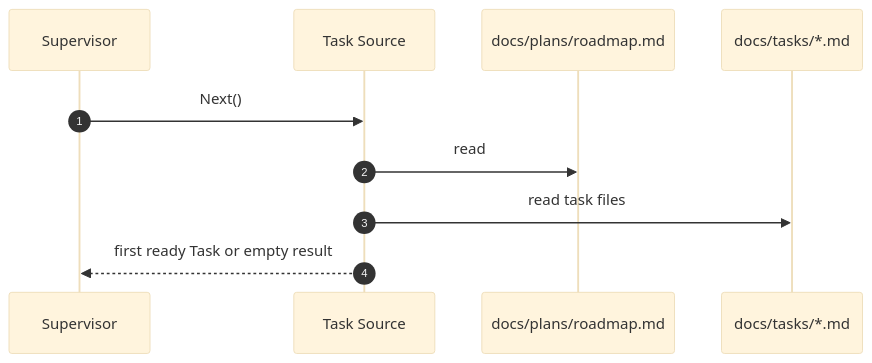
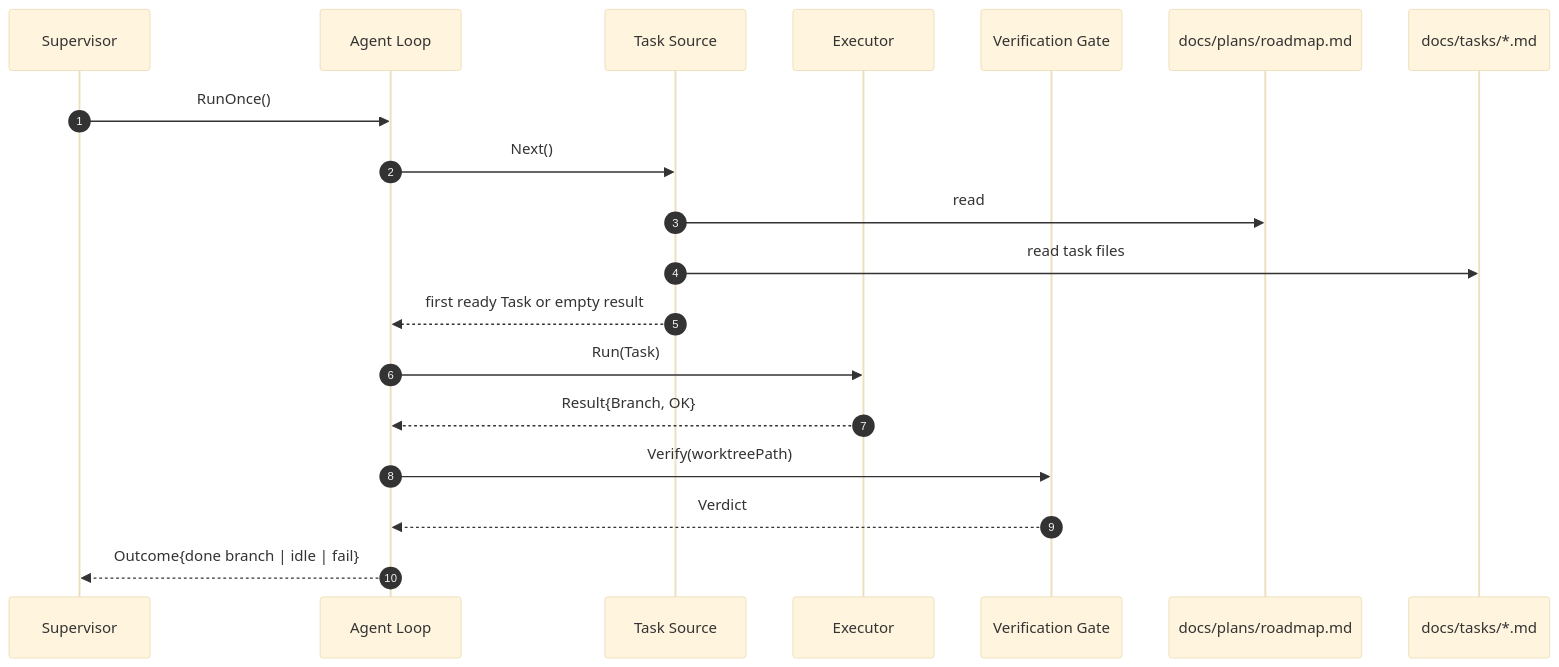
Before and after one commit to tkdtaylor/agent-builder: the fourth of 4 diagrams in docs/architecture/diagrams.md, drawn with Mermaid (base theme). The commit also changed other lines of this file and 9 other files, not shown here.

Commit message:
feat: complete task 012 — agent loop

````diff
--- a/docs/architecture/diagrams.md
+++ b/docs/architecture/diagrams.md
@@ -87,13 +92,22 @@
 ```mermaid
 sequenceDiagram
     autonumber
     participant Supervisor
+    participant AgentLoop as Agent Loop
     participant TaskSource as Task Source
+    participant Executor
+    participant Gate as Verification Gate
     participant Roadmap as docs/plans/roadmap.md
     participant Tasks as docs/tasks/*.md
 
-    Supervisor->>TaskSource: Next()
+    Supervisor->>AgentLoop: RunOnce()
+    AgentLoop->>TaskSource: Next()
     TaskSource->>Roadmap: read
     TaskSource->>Tasks: read task files
-    TaskSource-->>Supervisor: first ready Task or empty result
+    TaskSource-->>AgentLoop: first ready Task or empty result
+    AgentLoop->>Executor: Run(Task)
+    Executor-->>AgentLoop: Result{Branch, OK}
+    AgentLoop->>Gate: Verify(worktreePath)
+    Gate-->>AgentLoop: Verdict
+    AgentLoop-->>Supervisor: Outcome{done branch | idle | fail}
 ```
````
